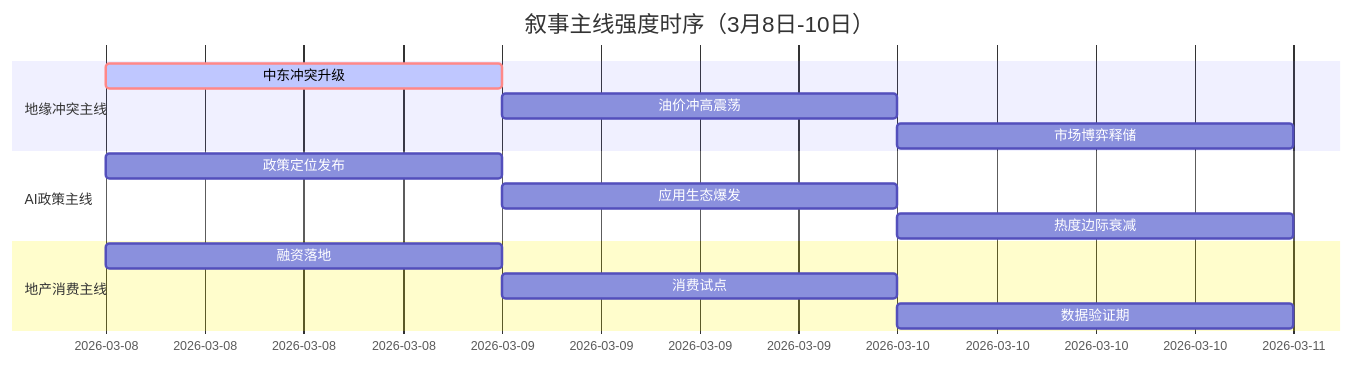
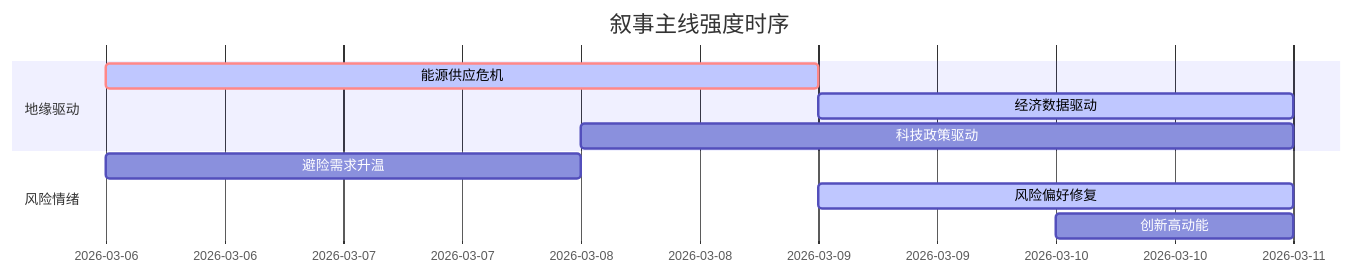
Before and after one commit to uu5zn/uu5zn.github.io: the diagram in 5day_report.md, drawn with Mermaid. The commit also changed other lines of this file and 19 other files, not shown here.

````diff
--- a/5day_report.md
+++ b/5day_report.md
@@ -69,19 +54,14 @@
 ```mermaid
 gantt
-    title 叙事主线强度时序（3月8日-10日）
+    title 叙事主线强度时序
     dateFormat  YYYY-MM-DD
-    section 地缘冲突主线
-    中东冲突升级   :crit, active, 2026-03-08, 1d
-    油价冲高震荡   :2026-03-09, 1d
-    市场博弈释储   :2026-03-10, 1d
+    section 地缘驱动
+    能源供应危机   :crit, active, 2026-03-06, 3d
+    经济数据驱动   :active, 2026-03-09, 2d
+    科技政策驱动   :2026-03-08, 3d
     
-    section AI政策主线
-    政策定位发布   :2026-03-08, 1d
-    应用生态爆发   :2026-03-09, 1d
-    热度边际衰减   :2026-03-10, 1d
-    
-    section 地产消费主线
-    融资落地   :2026-03-08, 1d
-    消费试点   :2026-03-09, 1d
-    数据验证期   :2026-03-10, 1d
+    section 风险情绪
+    避险需求升温   :2026-03-06, 2d
+    风险偏好修复   :active, 2026-03-09, 2d
+    创新高动能     :2026-03-10, 1d
 ```
````
